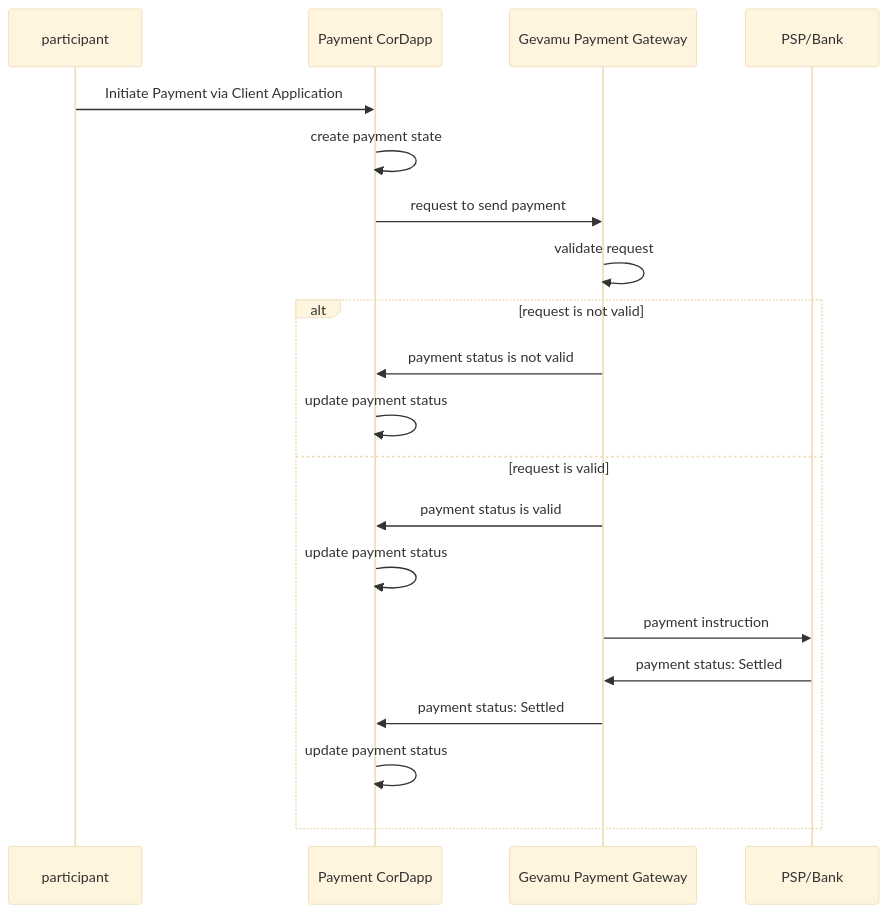
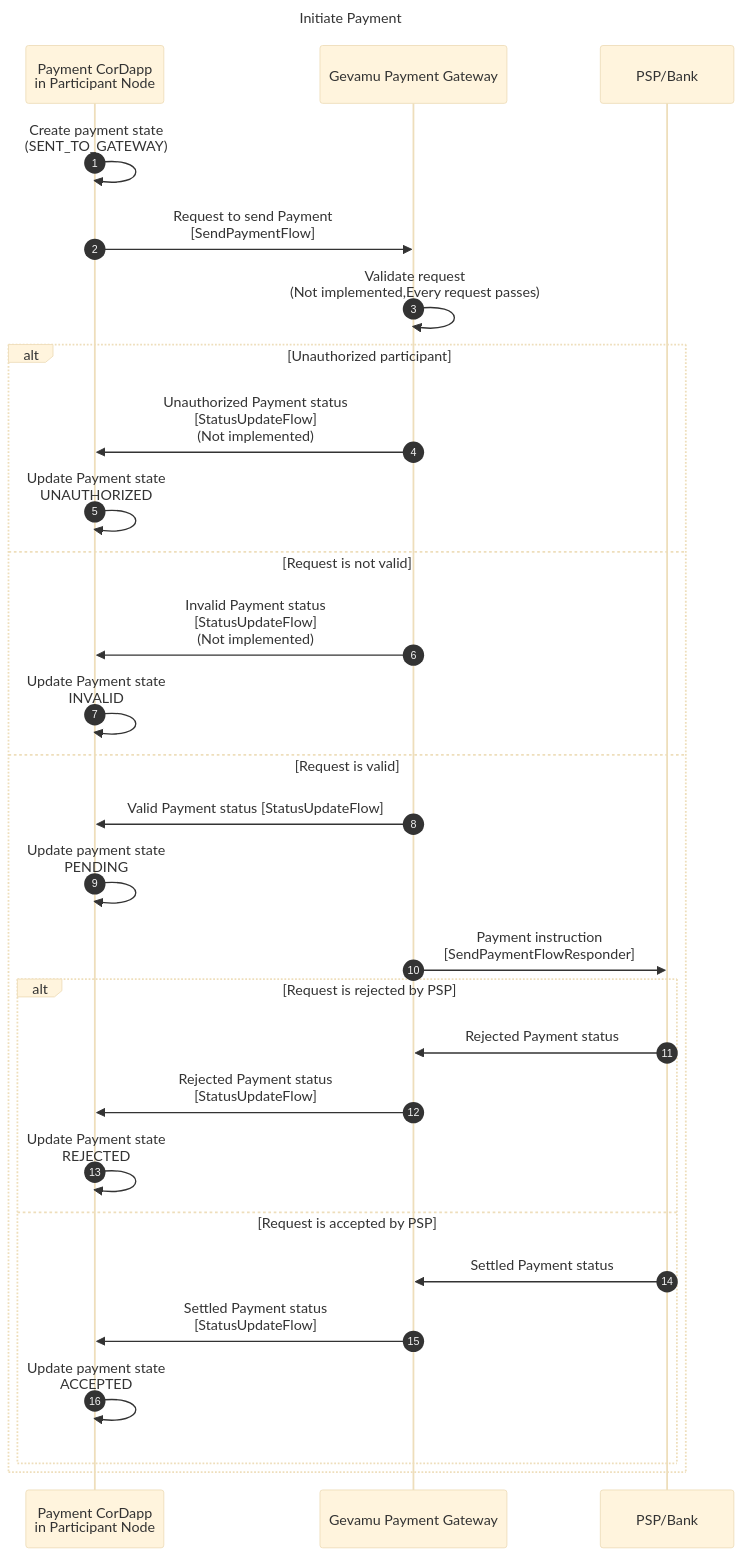
Before and after one commit to gevamu/gevamu.github.io: the diagram in content/3.workflow/4.payment-initiation.md, drawn with Mermaid (base theme).

Commit message:
Update Payment Initiation Sequence Diagram

````diff
--- a/content/3.workflow/4.payment-initiation.md
+++ b/content/3.workflow/4.payment-initiation.md
@@ -21,28 +21,52 @@
 ```mermaid
-
+---
+title: Initiate Payment
+---
 sequenceDiagram
-
-    participant p as participant
-    participant pcd as Payment CorDapp
+    autonumber
+   
+    participant pcd as Payment CorDapp<br/> in Participant Node
     participant gpg as Gevamu Payment Gateway
     participant psp as PSP/Bank
 
-    p ->> pcd: Initiate Payment via Client Application
-    pcd ->> pcd: create payment state
-    pcd ->> gpg: request to send payment
-    gpg ->> gpg: validate request
+    pcd ->> pcd: Create payment state <br/>(SENT_TO_GATEWAY)
+    pcd ->> gpg: Request to send Payment<br/>[SendPaymentFlow]
+    gpg ->> gpg: Validate request<br/>(Not implemented,Every request passes)
 
-    alt request is not valid
-        gpg ->> pcd: payment status is not valid
-        pcd ->> pcd: update payment status
-    else request is valid
-        gpg ->> pcd: payment status is valid
-        pcd ->> pcd: update payment status
-        gpg ->> psp: payment instruction
-        psp ->> gpg: payment status: Settled
-        gpg ->> pcd: payment status: Settled
-        pcd ->> pcd: update payment status
+%% Unauthorized participant
+    
+    alt Unauthorized participant
+        gpg ->> pcd: Unauthorized Payment status <br/>[StatusUpdateFlow] <br/> (Not implemented)
+        pcd ->> pcd: Update Payment state <br/> UNAUTHORIZED
+
+%% invalid request
+
+    else Request is not valid
+        gpg ->> pcd: Invalid Payment status <br/> [StatusUpdateFlow] <br/> (Not implemented)
+        pcd ->> pcd: Update Payment state <br/> INVALID
+
+%% Valid request
+
+    else Request is valid
+        gpg ->> pcd: Valid Payment status [StatusUpdateFlow]
+        pcd ->> pcd: Update payment state <br/> PENDING
+        gpg ->> psp: Payment instruction <br/> [SendPaymentFlowResponder]
+
+    %% Rejected by PSP
+
+        alt Request is rejected by PSP
+            psp ->> gpg: Rejected Payment status
+            gpg ->> pcd: Rejected Payment status <br/>  [StatusUpdateFlow]
+            pcd ->> pcd: Update Payment state <br/> REJECTED
+
+    %% Accepted by PSP 
+
+        else Request is accepted by PSP
+            psp ->> gpg: Settled Payment status
+            gpg ->> pcd: Settled Payment status <br/>  [StatusUpdateFlow]
+            pcd ->> pcd: Update payment state <br/> ACCEPTED
+        end
 
     end
 
 ```
````
